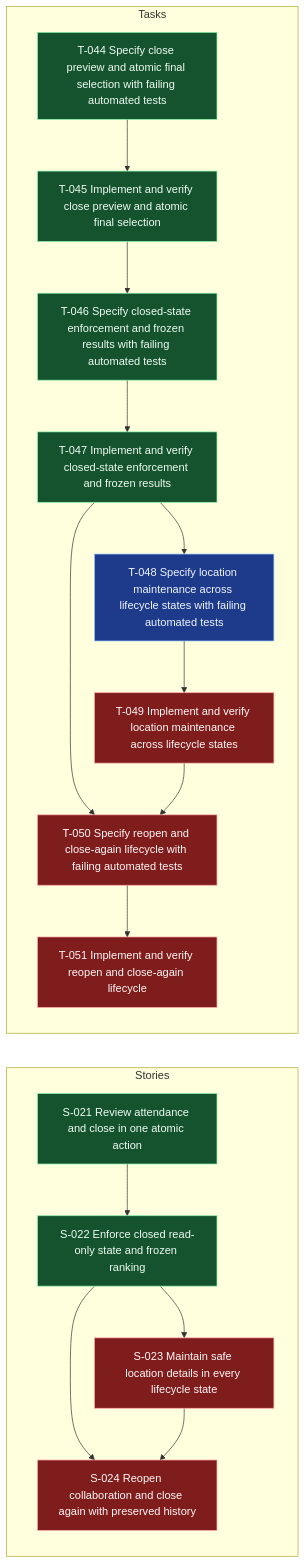
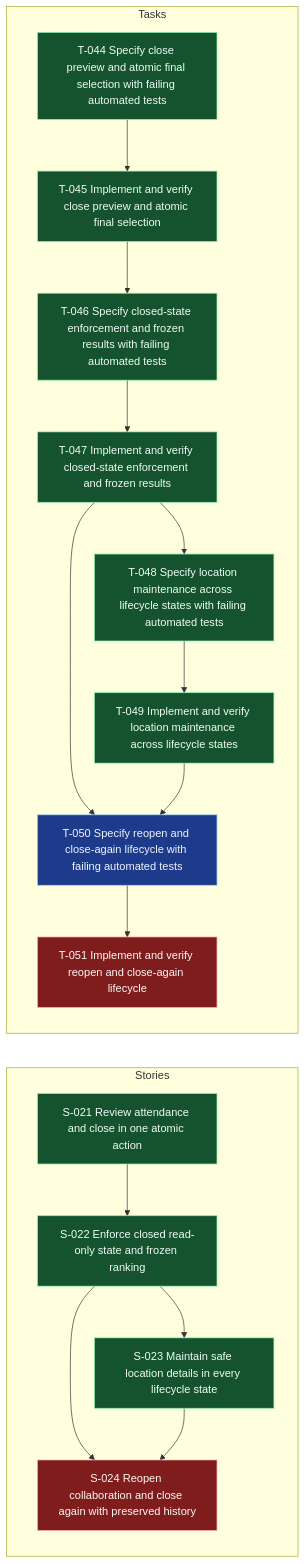
Before and after one commit to andybalham/invite-agent: the diagram in .worktracker/graphs/E-007.mmd, drawn with Mermaid. The commit also changed 16 other files, not shown here.

First line of the commit message:
feat: implement location maintenance feature for polls

```diff
--- a/.worktracker/graphs/E-007.mmd
+++ b/.worktracker/graphs/E-007.mmd
@@ -1,46 +1,46 @@
 graph LR
   classDef done fill:#14532d,stroke:#86efac,color:#f0fdf4;
   classDef blocked fill:#7f1d1d,stroke:#fca5a5,color:#fff7f7;
   classDef inprogress fill:#78350f,stroke:#fbbf24,color:#fffbeb;
   classDef todo fill:#1e3a8a,stroke:#93c5fd,color:#eff6ff;
   classDef empty fill:#374151,stroke:#d1d5db,color:#f9fafb,stroke-dasharray: 3 3;
   subgraph Stories
     S021["S-021 Review attendance and close in one atomic action"]:::done
     S022["S-022 Enforce closed read-only state and frozen ranking"]:::done
-    S023["S-023 Maintain safe location details in every lifecycle state"]:::blocked
+    S023["S-023 Maintain safe location details in every lifecycle state"]:::done
     S024["S-024 Reopen collaboration and close again with preserved history"]:::blocked
     S021 --> S022
     S022 --> S023
     S022 --> S024
     S023 --> S024
   end
   subgraph Tasks
     T044["T-044 Specify close preview and atomic final selection with failing automated tests"]:::done
     T045["T-045 Implement and verify close preview and atomic final selection"]:::done
     T046["T-046 Specify closed-state enforcement and frozen results with failing automated tests"]:::done
     T047["T-047 Implement and verify closed-state enforcement and frozen results"]:::done
-    T048["T-048 Specify location maintenance across lifecycle states with failing automated tests"]:::todo
-    T049["T-049 Implement and verify location maintenance across lifecycle states"]:::blocked
-    T050["T-050 Specify reopen and close-again lifecycle with failing automated tests"]:::blocked
+    T048["T-048 Specify location maintenance across lifecycle states with failing automated tests"]:::done
+    T049["T-049 Implement and verify location maintenance across lifecycle states"]:::done
+    T050["T-050 Specify reopen and close-again lifecycle with failing automated tests"]:::todo
     T051["T-051 Implement and verify reopen and close-again lifecycle"]:::blocked
     T044 --> T045
     T045 --> T046
     T046 --> T047
     T047 --> T048
     T047 --> T050
     T048 --> T049
     T049 --> T050
     T050 --> T051
   end
   click S021 "../entities/S-021-review-attendance-and-close-in-one-atomic-action.md"
   click S022 "../entities/S-022-enforce-closed-read-only-state-and-frozen-ranking.md"
   click S023 "../entities/S-023-maintain-safe-location-details-in-every-lifecycle-state.md"
   click S024 "../entities/S-024-reopen-collaboration-and-close-again-with-preserved-history.md"
   click T044 "../entities/T-044-specify-close-preview-and-atomic-final-selection-with-failing-automated-tests.md"
   click T045 "../entities/T-045-implement-and-verify-close-preview-and-atomic-final-selection.md"
   click T046 "../entities/T-046-specify-closed-state-enforcement-and-frozen-results-with-failing-automated-tests.md"
   click T047 "../entities/T-047-implement-and-verify-closed-state-enforcement-and-frozen-results.md"
   click T048 "../entities/T-048-specify-location-maintenance-across-lifecycle-states-with-failing-automated-tests.md"
   click T049 "../entities/T-049-implement-and-verify-location-maintenance-across-lifecycle-states.md"
   click T050 "../entities/T-050-specify-reopen-and-close-again-lifecycle-with-failing-automated-tests.md"
   click T051 "../entities/T-051-implement-and-verify-reopen-and-close-again-lifecycle.md"
```
